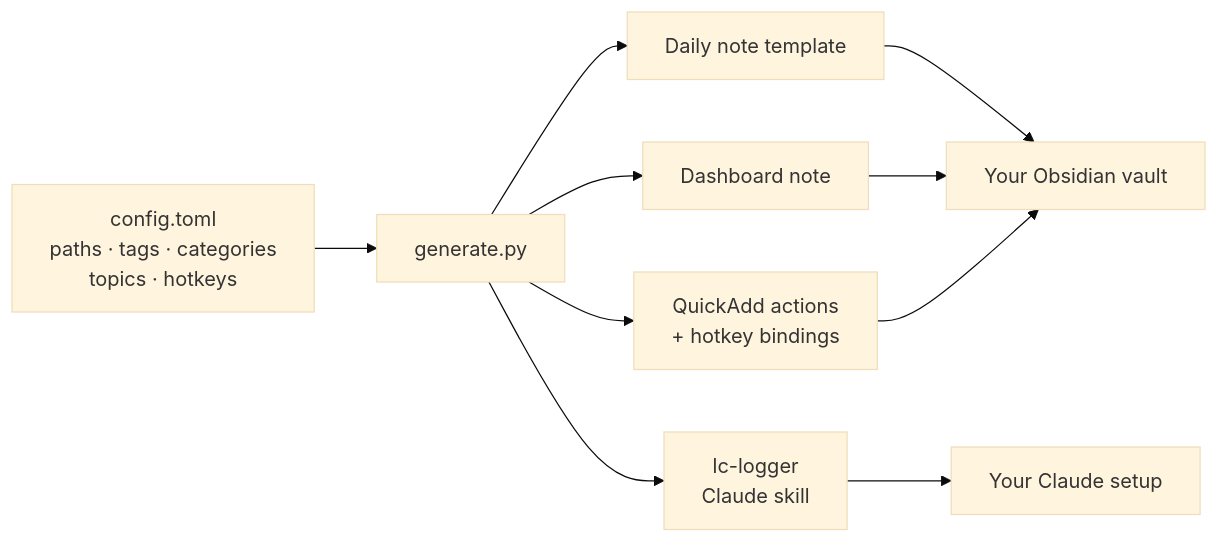
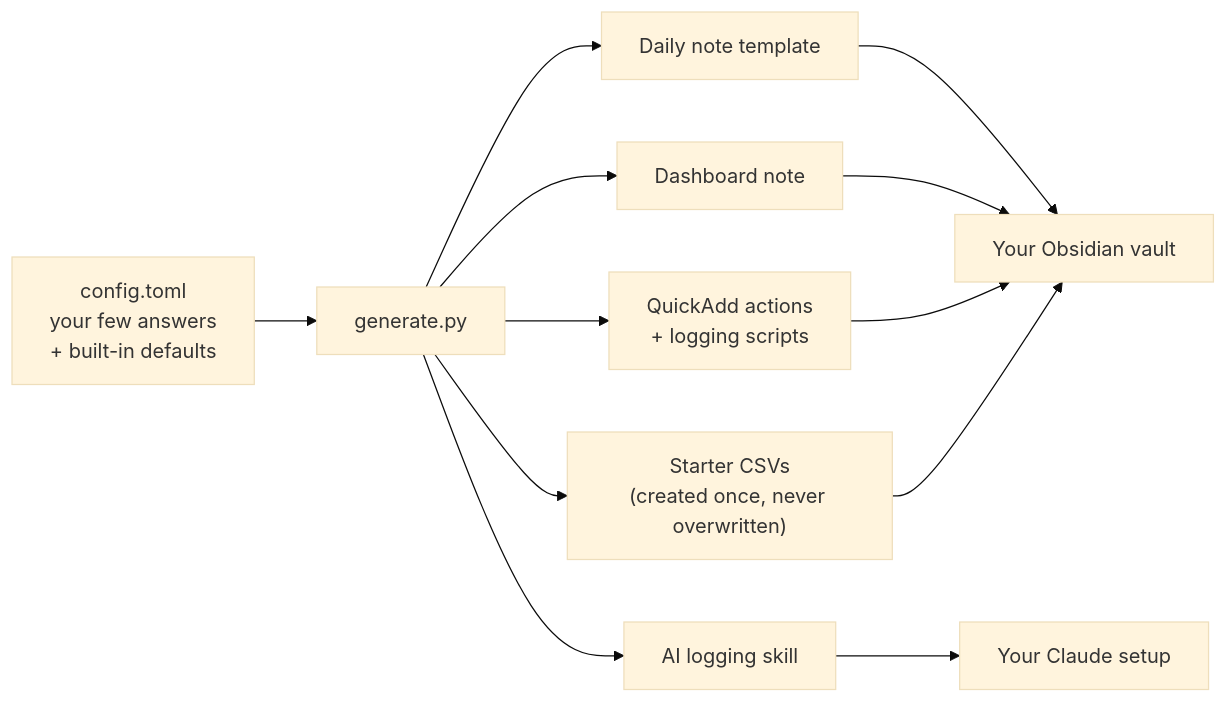
One commit to aaaxy/PrepDojo changed the second of 2 diagrams in README.md. Above: the diagram before and after it, drawn with Mermaid (base theme). The commit also changed other lines of this file, not shown here.

````diff
--- a/README.md
+++ b/README.md
@@ -176,10 +189,11 @@
 ```mermaid
 flowchart LR
-    CFG["config.toml<br/>paths · tags · categories<br/>topics · hotkeys"] --> GEN["generate.py"]
+    CFG["config.toml<br/>your few answers<br/>+ built-in defaults"] --> GEN["generate.py"]
     GEN --> T["Daily note template"]
     GEN --> D["Dashboard note"]
-    GEN --> Q["QuickAdd actions<br/>+ hotkey bindings"]
-    GEN --> S["lc-logger<br/>Claude skill"]
-    T & D & Q --> V["Your Obsidian vault"]
+    GEN --> Q["QuickAdd actions<br/>+ logging scripts"]
+    GEN --> CSVS["Starter CSVs<br/>(created once, never overwritten)"]
+    GEN --> S["AI logging skill"]
+    T & D & Q & CSVS --> V["Your Obsidian vault"]
     S --> C["Your Claude setup"]
 ```
````
